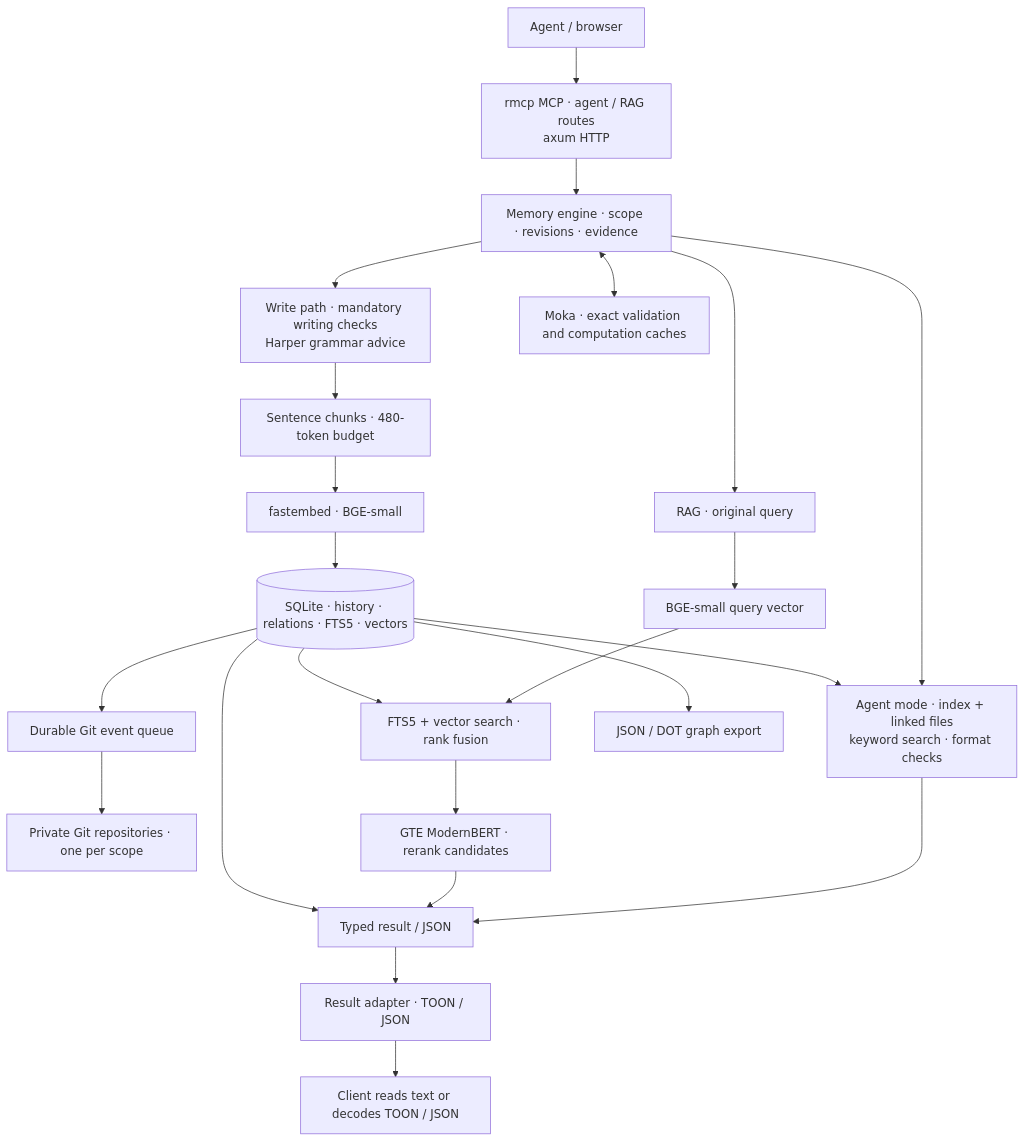
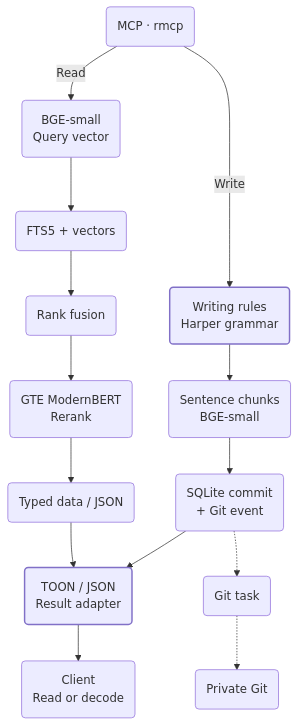
One commit to enfour-digital/enfour-memory changed the second of 2 diagrams in README.md. Above: the diagram before and after it, drawn with Mermaid. The commit also changed other lines of this file and 11 other files, not shown here.

Commit message:
docs: simplify onboarding and generate paired architecture diagrams

````diff
--- a/README.md
+++ b/README.md
@@ -136,25 +90,20 @@
 ```mermaid
 flowchart TB
-    agent["Agent / browser"] --> transport["rmcp MCP · agent / RAG routes<br/>axum HTTP"]
-    transport --> engine["Memory engine · scope · revisions · evidence"]
-    engine --> write["Write path · mandatory writing checks<br/>Harper grammar advice"]
-    write --> chunks["Sentence chunks · 480-token budget"]
-    chunks --> embed["fastembed · BGE-small"]
-    embed --> db[("SQLite · history · relations · FTS5 · vectors")]
-    engine --> navigate["Agent mode · index + linked files<br/>keyword search · format checks"]
-    db --> navigate
-    navigate --> result
-    db --> events["Durable Git event queue"]
-    events --> mirror["Private Git repositories · one per scope"]
-    engine --> query["RAG · original query"]
-    query --> embed_query["BGE-small query vector"]
-    embed_query --> hybrid["FTS5 + vector search · rank fusion"]
-    db --> hybrid
-    hybrid --> rerank["GTE ModernBERT · rerank candidates"]
-    rerank --> result["Typed result / JSON"]
-    db --> result
-    result --> adapter["Result adapter · TOON / JSON"]
-    adapter --> client["Client reads text or decodes TOON / JSON"]
-    db --> graph_export["JSON / DOT graph export"]
-    engine <--> cache["Moka · exact validation and computation caches"]
+    mcp("MCP · rmcp")
+    mcp -->|Read| query("BGE-small<br/>Query vector")
+    query --> search("FTS5 + vectors")
+    search --> fusion("Rank fusion")
+    fusion --> rank("GTE ModernBERT<br/>Rerank")
+    rank --> data("Typed data / JSON")
+    data --> adapter("TOON / JSON<br/>Result adapter")
+    adapter --> client("Client<br/>Read or decode")
+    mcp -->|Write| rules("Writing rules<br/>Harper grammar")
+    rules --> embed("Sentence chunks<br/>BGE-small")
+    embed --> commit("SQLite commit<br/>+ Git event")
+    commit --> adapter
+    commit -.-> worker("Git task")
+    worker -.-> history("Private Git")
+    classDef default filter:none
+    classDef accent stroke:#8170c7,stroke-width:2px,filter:none
+    class rules,adapter accent
 ```
````
